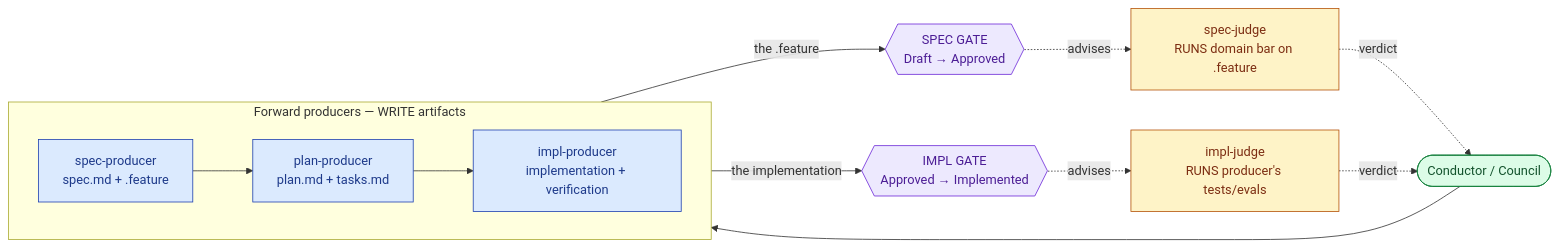
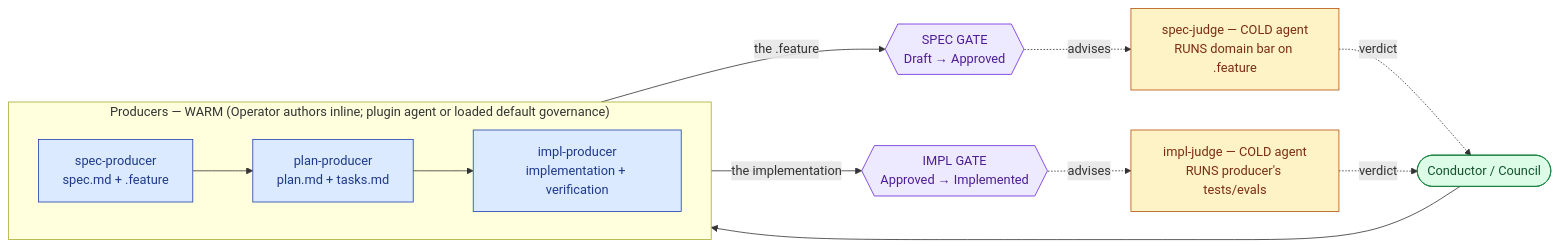
One commit to cyberuni/cyberplace changed the diagram in artifacts/specs/sdd-operator/spec.md. Above: the diagram before and after it, drawn with Mermaid. The commit also changed other lines of this file, not shown here.

First line of the commit message:
feat(sdd): revise sdd-operator to the governance-skill production model

````diff
--- a/artifacts/specs/sdd-operator/spec.md
+++ b/artifacts/specs/sdd-operator/spec.md
@@ -62,26 +125,26 @@
 ```mermaid
 flowchart LR
   H([Conductor / Council]):::human
-  subgraph FWD["Forward producers — WRITE artifacts"]
+  subgraph FWD["Producers — WARM (Operator authors inline; plugin agent or loaded default governance)"]
     direction LR
     SP["spec-producer<br/>spec.md + .feature"]:::prod
     PP["plan-producer<br/>plan.md + tasks.md"]:::prod
     IP["impl-producer<br/>implementation + verification"]:::prod
   end
   H --> SP
   SP --> PP --> IP
   SG{{"SPEC GATE<br/>Draft → Approved"}}:::gate
   IG{{"IMPL GATE<br/>Approved → Implemented"}}:::gate
   SP -- "the .feature" --> SG
   IP -- "the implementation" --> IG
-  SJ["spec-judge<br/>RUNS domain bar on .feature"]:::judge
-  IJ["impl-judge<br/>RUNS producer's tests/evals"]:::judge
+  SJ["spec-judge — COLD agent<br/>RUNS domain bar on .feature"]:::judge
+  IJ["impl-judge — COLD agent<br/>RUNS producer's tests/evals"]:::judge
   SG -. advises .-> SJ
   IG -. advises .-> IJ
   SJ -. verdict .-> H
   IJ -. verdict .-> H
   classDef prod fill:#dbeafe,stroke:#1e40af,color:#1e3a8a;
   classDef judge fill:#fef3c7,stroke:#b45309,color:#7c2d12;
   classDef gate fill:#ede9fe,stroke:#6d28d9,color:#4c1d95;
   classDef human fill:#dcfce7,stroke:#15803d,color:#14532d;
 ```
````
